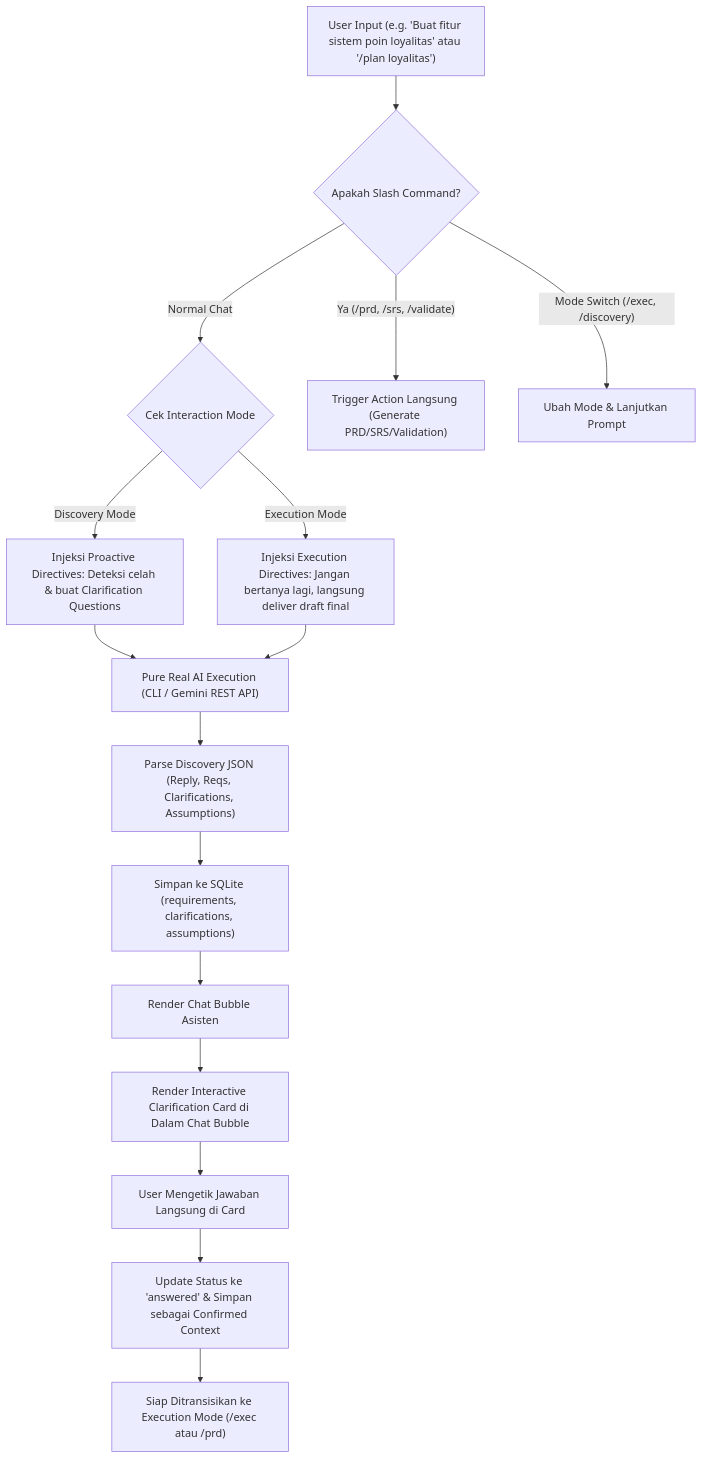
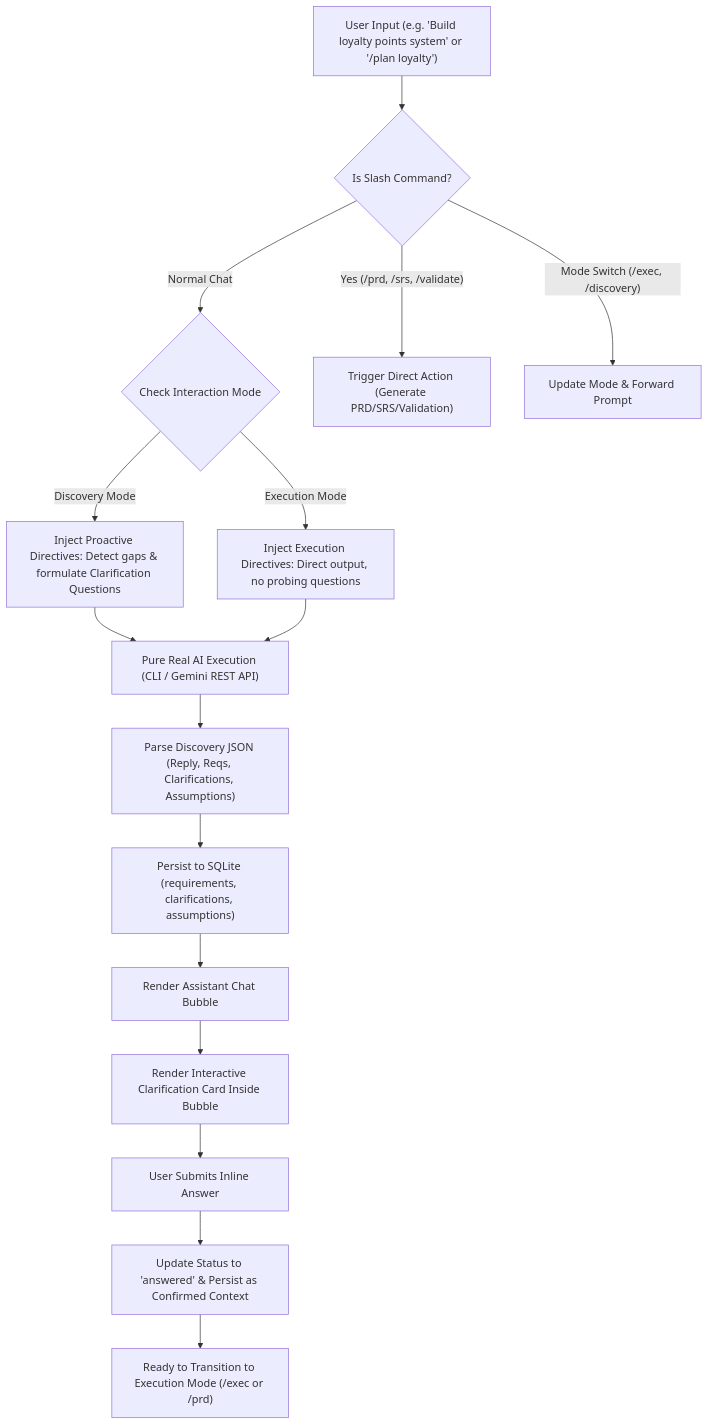
Before and after one commit to luftinur/Specra: the diagram in docs/artifacts/plan_agentic_modes_and_slash_commands.md, drawn with Mermaid. The commit also changed other lines of this file and 37 other files, not shown here.

````diff
--- a/docs/artifacts/plan_agentic_modes_and_slash_commands.md
+++ b/docs/artifacts/plan_agentic_modes_and_slash_commands.md
@@ -37,28 +37,28 @@
 ```mermaid
 flowchart TD
-    UserPrompt["User Input (e.g. 'Buat fitur sistem poin loyalitas' atau '/plan loyalitas')"]
-    ModeCheck{"Cek Interaction Mode"}
+    UserPrompt["User Input (e.g. 'Build loyalty points system' or '/plan loyalty')"]
+    ModeCheck{"Check Interaction Mode"}
     
-    SlashCheck{"Apakah Slash Command?"}
+    SlashCheck{"Is Slash Command?"}
     UserPrompt --> SlashCheck
     
-    SlashCheck -- Ya (/prd, /srs, /validate) --> ActionHandler["Trigger Action Langsung (Generate PRD/SRS/Validation)"]
-    SlashCheck -- Mode Switch (/exec, /discovery) --> SetMode["Ubah Mode & Lanjutkan Prompt"]
+    SlashCheck -- Yes (/prd, /srs, /validate) --> ActionHandler["Trigger Direct Action (Generate PRD/SRS/Validation)"]
+    SlashCheck -- Mode Switch (/exec, /discovery) --> SetMode["Update Mode & Forward Prompt"]
     SlashCheck -- Normal Chat --> ModeCheck
     
-    ModeCheck -- Discovery Mode --> DiscoveryPrompt["Injeksi Proactive Directives: Deteksi celah & buat Clarification Questions"]
-    ModeCheck -- Execution Mode --> ExecPrompt["Injeksi Execution Directives: Jangan bertanya lagi, langsung deliver draft final"]
+    ModeCheck -- Discovery Mode --> DiscoveryPrompt["Inject Proactive Directives: Detect gaps & formulate Clarification Questions"]
+    ModeCheck -- Execution Mode --> ExecPrompt["Inject Execution Directives: Direct output, no probing questions"]
     
     DiscoveryPrompt --> LLMExecution["Pure Real AI Execution (CLI / Gemini REST API)"]
     ExecPrompt --> LLMExecution
     
     LLMExecution --> ParseResult["Parse Discovery JSON (Reply, Reqs, Clarifications, Assumptions)"]
-    ParseResult --> SaveDB["Simpan ke SQLite (requirements, clarifications, assumptions)"]
+    ParseResult --> SaveDB["Persist to SQLite (requirements, clarifications, assumptions)"]
     
-    SaveDB --> RenderBubble["Render Chat Bubble Asisten"]
-    RenderBubble --> ClarificationCard["Render Interactive Clarification Card di Dalam Chat Bubble"]
+    SaveDB --> RenderBubble["Render Assistant Chat Bubble"]
+    RenderBubble --> ClarificationCard["Render Interactive Clarification Card Inside Bubble"]
     
-    ClarificationCard --> UserAnswers["User Mengetik Jawaban Langsung di Card"]
-    UserAnswers --> UpdateConfirmed["Update Status ke 'answered' & Simpan sebagai Confirmed Context"]
-    UpdateConfirmed --> ReadyForExec["Siap Ditransisikan ke Execution Mode (/exec atau /prd)"]
+    ClarificationCard --> UserAnswers["User Submits Inline Answer"]
+    UserAnswers --> UpdateConfirmed["Update Status to 'answered' & Persist as Confirmed Context"]
+    UpdateConfirmed --> ReadyForExec["Ready to Transition to Execution Mode (/exec or /prd)"]
 ```
````
